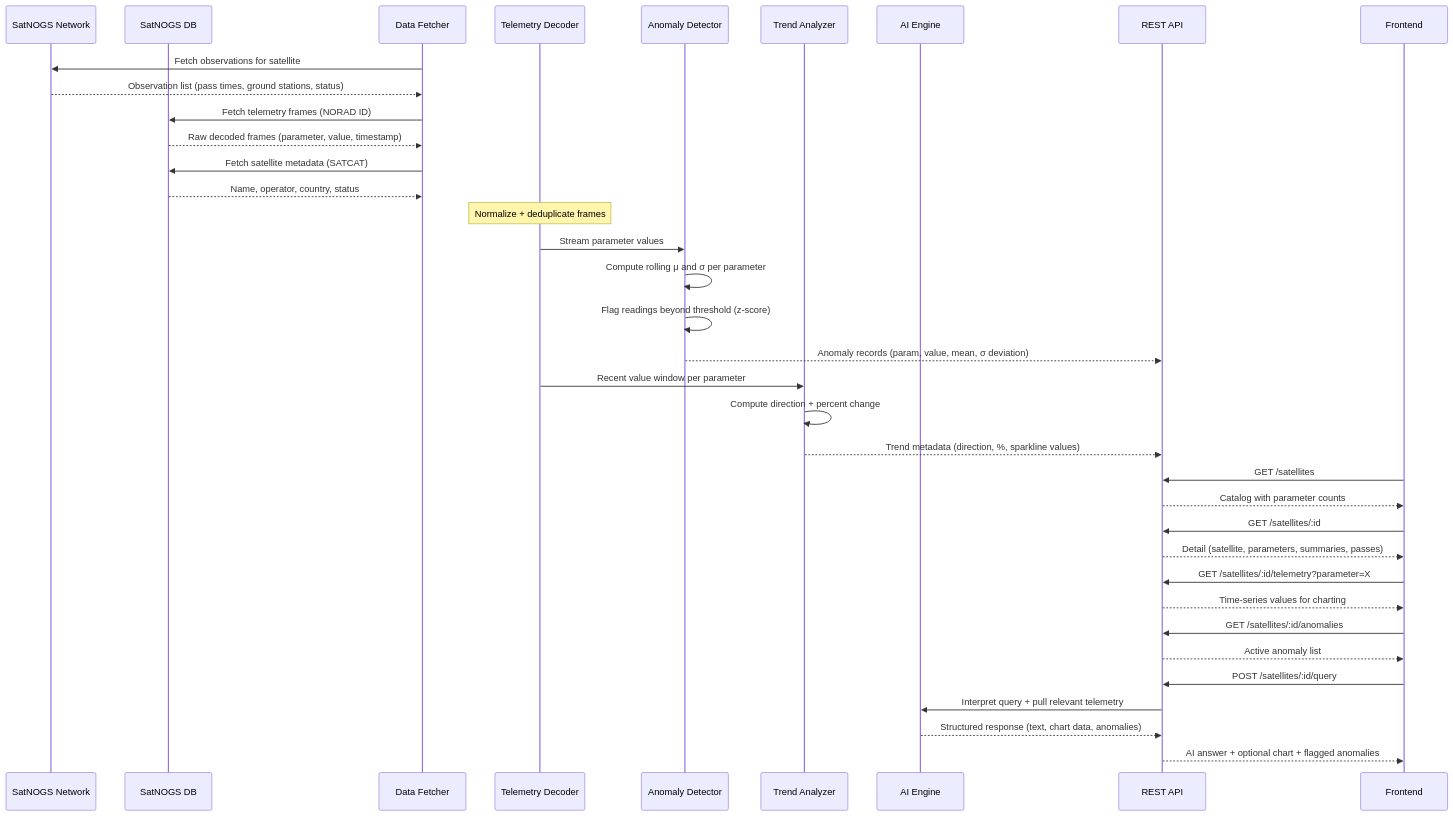
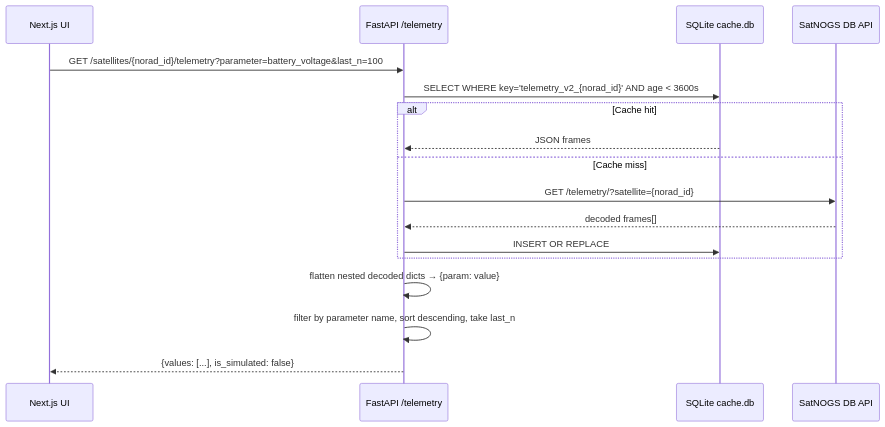
Before and after one commit to yoohooshantanu/Downlink: the second of 9 diagrams in README.md, drawn with Mermaid. The commit also changed other lines of this file and 19 other files, not shown here.

````diff
--- a/README.md
+++ b/README.md
@@ -234,47 +94,20 @@
 ```mermaid
 sequenceDiagram
-    participant SN as SatNOGS Network
-    participant DB as SatNOGS DB
-    participant F as Data Fetcher
-    participant TD as Telemetry Decoder
-    participant AD as Anomaly Detector
-    participant TA as Trend Analyzer
-    participant AI as AI Engine
-    participant API as REST API
-    participant UI as Frontend
+    participant UI as Next.js UI
+    participant API as FastAPI /telemetry
+    participant Cache as SQLite cache.db
+    participant SatNOGS as SatNOGS DB API
 
-    F->>SN: Fetch observations for satellite
-    SN-->>F: Observation list (pass times, ground stations, status)
-    F->>DB: Fetch telemetry frames (NORAD ID)
-    DB-->>F: Raw decoded frames (parameter, value, timestamp)
-    F->>DB: Fetch satellite metadata (SATCAT)
-    DB-->>F: Name, operator, country, status
-
-    Note over TD: Normalize + deduplicate frames
-
-    TD->>AD: Stream parameter values
-    AD->>AD: Compute rolling μ and σ per parameter
-    AD->>AD: Flag readings beyond threshold (z-score)
-    AD-->>API: Anomaly records (param, value, mean, σ deviation)
-
-    TD->>TA: Recent value window per parameter
-    TA->>TA: Compute direction + percent change
-    TA-->>API: Trend metadata (direction, %, sparkline values)
-
-    UI->>API: GET /satellites
-    API-->>UI: Catalog with parameter counts
-
-    UI->>API: GET /satellites/:id
-    API-->>UI: Detail (satellite, parameters, summaries, passes)
-
-    UI->>API: GET /satellites/:id/telemetry?parameter=X
-    API-->>UI: Time-series values for charting
-
-    UI->>API: GET /satellites/:id/anomalies
-    API-->>UI: Active anomaly list
-
-    UI->>API: POST /satellites/:id/query
-    API->>AI: Interpret query + pull relevant telemetry
-    AI-->>API: Structured response (text, chart data, anomalies)
-    API-->>UI: AI answer + optional chart + flagged anomalies
+    UI->>API: GET /satellites/{norad_id}/telemetry?parameter=battery_voltage&last_n=100
+    API->>Cache: SELECT WHERE key='telemetry_v2_{norad_id}' AND age < 3600s
+    alt Cache hit
+        Cache-->>API: JSON frames
+    else Cache miss
+        API->>SatNOGS: GET /telemetry/?satellite={norad_id}
+        SatNOGS-->>API: decoded frames[]
+        API->>Cache: INSERT OR REPLACE
+    end
+    API->>API: flatten nested decoded dicts → {param: value}
+    API->>API: filter by parameter name, sort descending, take last_n
+    API-->>UI: {values: [...], is_simulated: false}
 ```
````
